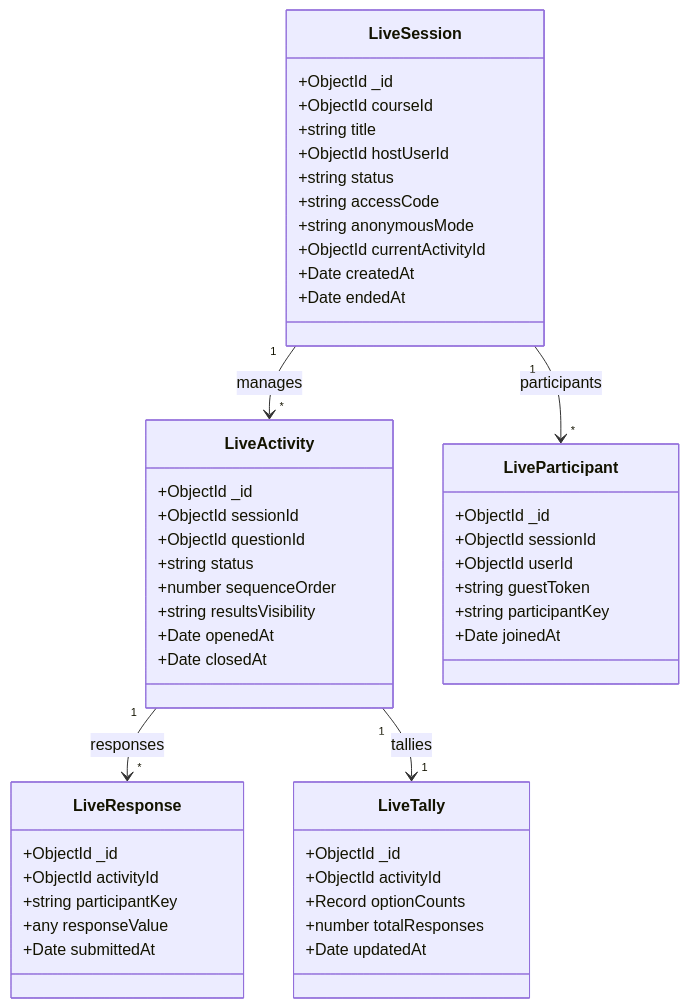
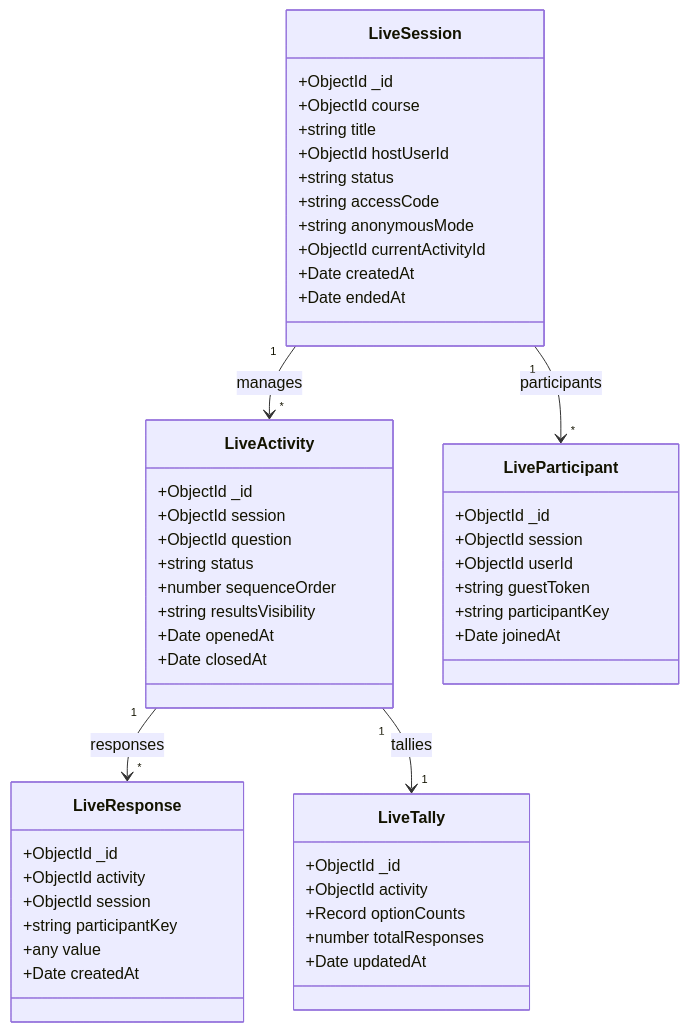
The third of 9 diagrams in docs/learning-module.md (Aarathi1535/assignment_evaluation-IIIT-Hyd), drawn with Mermaid before and after one commit. The commit also changed other lines of this file, not shown here.

Commit message:
docs(learning): align TopicEdge, TagSuggestion, LiveResponse schemas and Q10-14 numbering with issue #244

````diff
--- a/docs/learning-module.md
+++ b/docs/learning-module.md
@@ -205,56 +211,57 @@
 ```mermaid
 classDiagram
     class LiveSession {
         +ObjectId _id
-        +ObjectId courseId
+        +ObjectId course
         +string title
         +ObjectId hostUserId
         +string status
         +string accessCode
         +string anonymousMode
         +ObjectId currentActivityId
         +Date createdAt
         +Date endedAt
     }
 
     class LiveActivity {
         +ObjectId _id
-        +ObjectId sessionId
-        +ObjectId questionId
+        +ObjectId session
+        +ObjectId question
         +string status
         +number sequenceOrder
         +string resultsVisibility
         +Date openedAt
         +Date closedAt
     }
 
     class LiveParticipant {
         +ObjectId _id
-        +ObjectId sessionId
+        +ObjectId session
         +ObjectId userId
         +string guestToken
         +string participantKey
         +Date joinedAt
     }
 
     class LiveResponse {
         +ObjectId _id
-        +ObjectId activityId
+        +ObjectId activity
+        +ObjectId session
         +string participantKey
-        +any responseValue
-        +Date submittedAt
+        +any value
+        +Date createdAt
     }
 
     class LiveTally {
         +ObjectId _id
-        +ObjectId activityId
+        +ObjectId activity
         +Record optionCounts
         +number totalResponses
         +Date updatedAt
     }
 
     LiveSession "1" --> "*" LiveActivity : manages
     LiveSession "1" --> "*" LiveParticipant : participants
     LiveActivity "1" --> "*" LiveResponse : responses
     LiveActivity "1" --> "1" LiveTally : tallies
 ```
````
